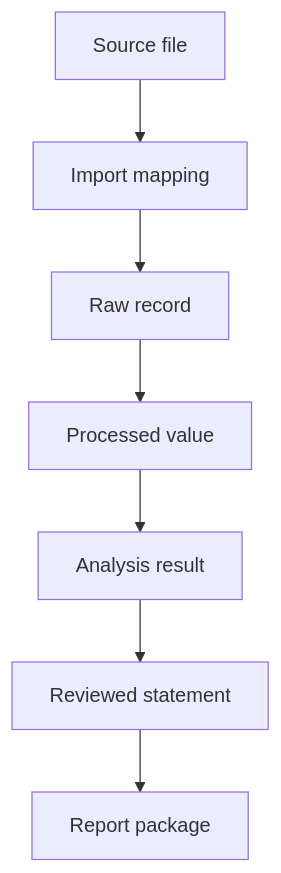
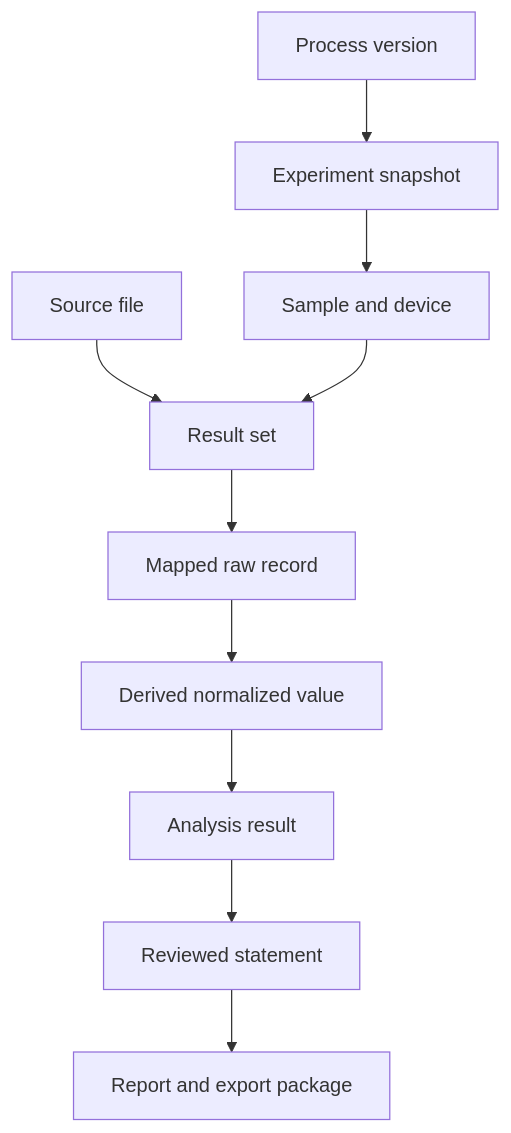
One commit to matginesi/LabFlow changed the second of 2 diagrams in docs/PIPELINES_AND_DATA.md. Above: the diagram before and after it, drawn with Mermaid. The commit also changed other lines of this file and 27 other files, not shown here.

````diff
--- a/docs/PIPELINES_AND_DATA.md
+++ b/docs/PIPELINES_AND_DATA.md
@@ -30,9 +123,12 @@
 ```mermaid
 flowchart TD
-  A[Source file] --> B[Import mapping]
-  B --> C[Raw record]
-  C --> D[Processed value]
-  D --> E[Analysis result]
-  E --> F[Reviewed statement]
-  F --> G[Report package]
+  P[Process version] --> E[Experiment snapshot]
+  E --> S[Sample and device]
+  F[Source file] --> R[Result set]
+  S --> R
+  R --> M[Mapped raw record]
+  M --> D[Derived normalized value]
+  D --> A[Analysis result]
+  A --> C[Reviewed statement]
+  C --> X[Report and export package]
 ```
````
